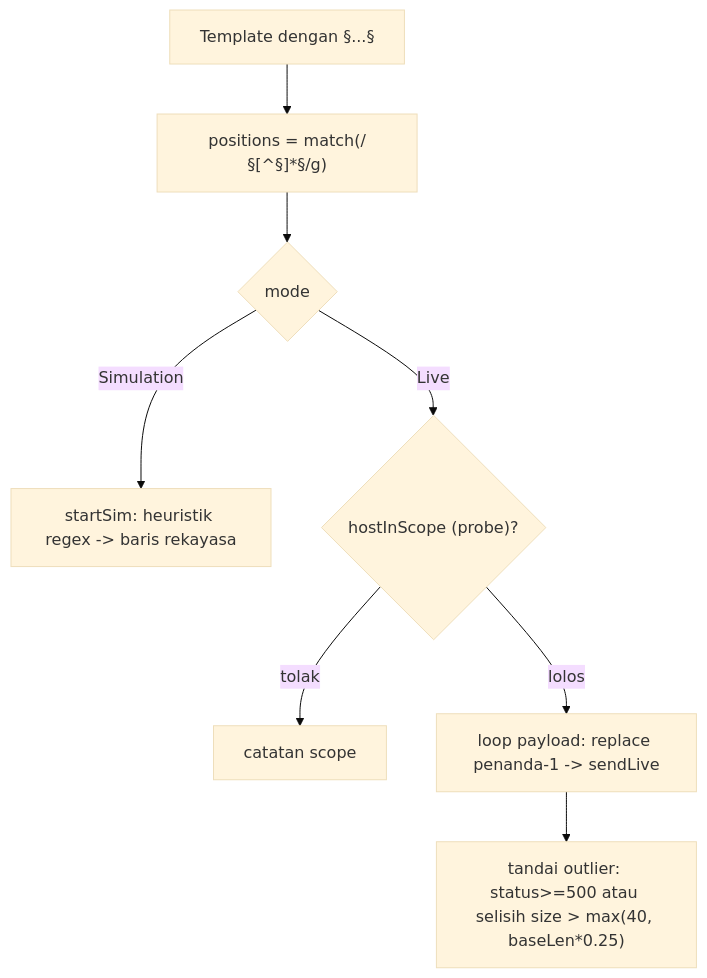
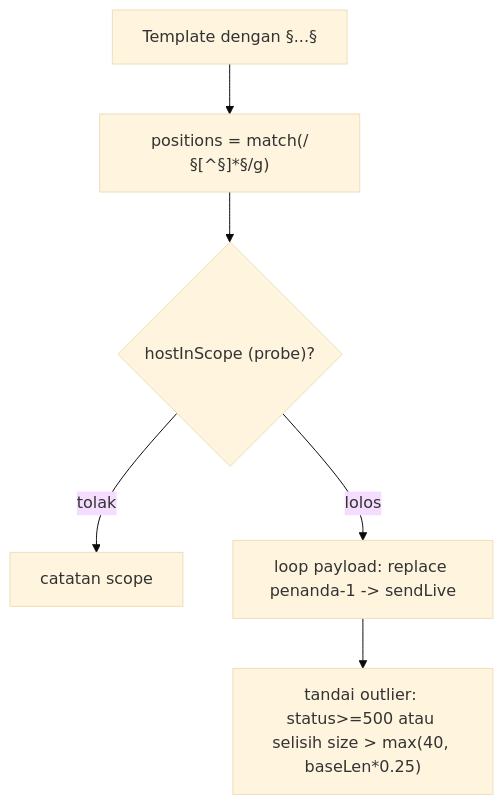
Before and after one commit to AlatBekam/Interu: the diagram in docs/023_intruder.md, drawn with Mermaid (base theme). The commit also changed other lines of this file and 23 other files, not shown here.

````diff
--- a/docs/023_intruder.md
+++ b/docs/023_intruder.md
@@ -24,10 +24,8 @@
 ```mermaid
 flowchart TD
   T["Template dengan §...§"] --> M["positions = match(/§[^§]*§/g)"]
-  M --> MODE{"mode"}
-  MODE -->|"Simulation"| SIM["startSim: heuristik regex -> baris rekayasa"]
-  MODE -->|"Live"| G{"hostInScope (probe)?"}
+  M --> G{"hostInScope (probe)?"}
   G -->|"tolak"| N["catatan scope"]
   G -->|"lolos"| L["loop payload: replace penanda-1 -> sendLive"]
   L --> O["tandai outlier: status>=500 atau selisih size > max(40, baseLen*0.25)"]
 ```
````
